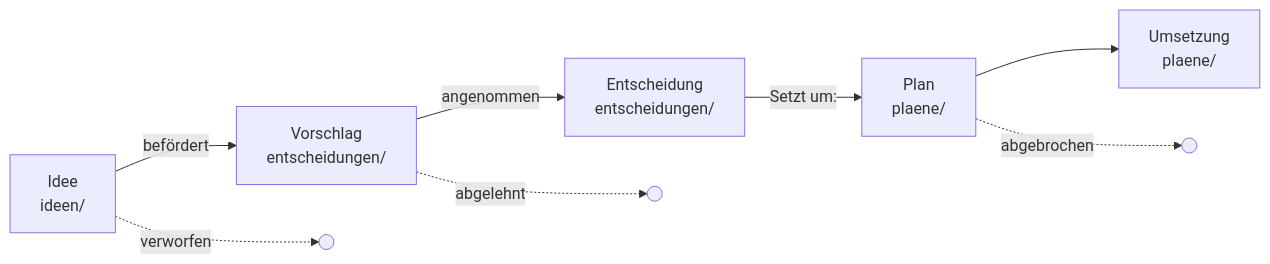
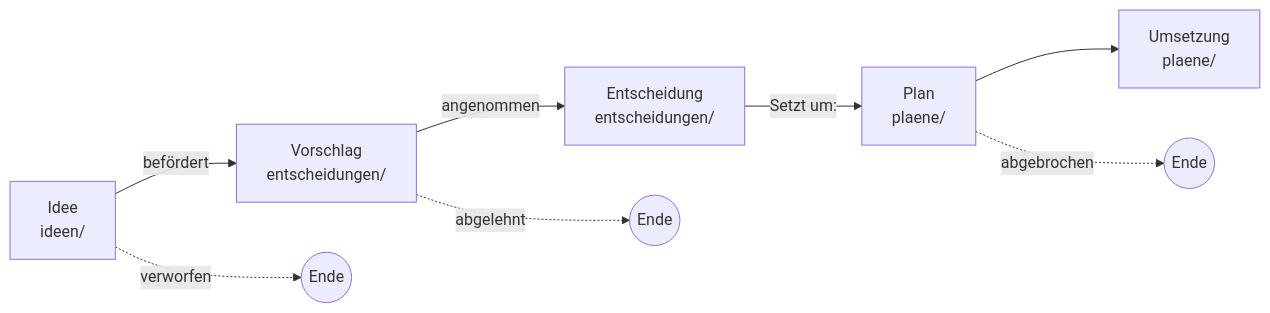
The diagram in methode/03-lebenslauf.md (olo1973/denkspur), drawn with Mermaid before and after one commit. The commit also changed other lines of this file and 20 other files, not shown here.

````diff
--- a/methode/03-lebenslauf.md
+++ b/methode/03-lebenslauf.md
@@ -19,10 +18,10 @@
 ```mermaid
 flowchart LR
-    I[Idee\nideen/] -->|befördert| V[Vorschlag\nentscheidungen/]
-    V -->|angenommen| E[Entscheidung\nentscheidungen/]
-    E -->|Setzt um:| P[Plan\nplaene/]
-    P --> U[Umsetzung\nplaene/]
-    I -.->|verworfen| X1(( ))
-    V -.->|abgelehnt| X2(( ))
-    P -.->|abgebrochen| X3(( ))
+    I["Idee<br/>ideen/"] -->|befördert| V["Vorschlag<br/>entscheidungen/"]
+    V -->|angenommen| E["Entscheidung<br/>entscheidungen/"]
+    E -->|Setzt um:| P["Plan<br/>plaene/"]
+    P --> U["Umsetzung<br/>plaene/"]
+    I -.->|verworfen| XI(("Ende"))
+    V -.->|abgelehnt| XV(("Ende"))
+    P -.->|abgebrochen| XP(("Ende"))
 ```
````
